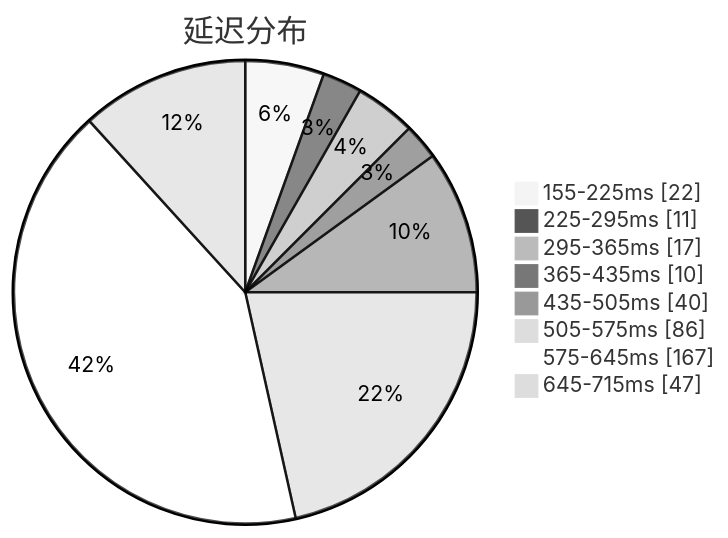
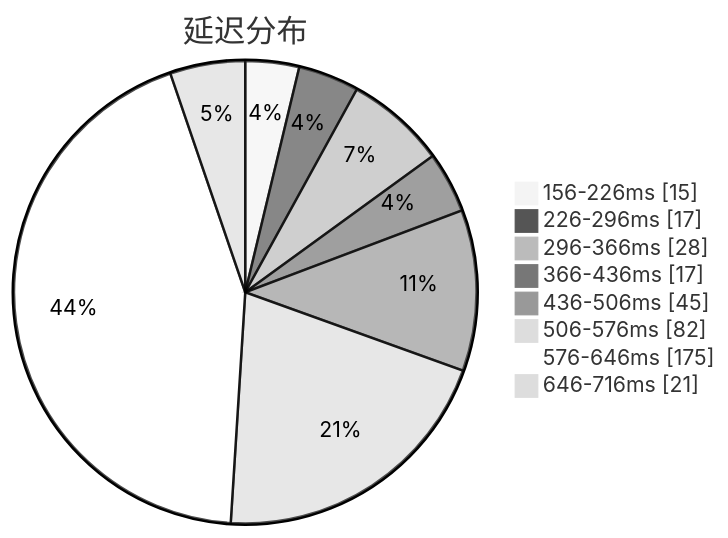
Before and after one commit to qjlxg/airport: the first of 3 diagrams in subs/statistics/tested_within.md, drawn with Mermaid (neutral theme). The commit also changed other lines of this file and 2 other files, not shown here.

Commit message:
Tested by metaST

````diff
--- a/subs/statistics/tested_within.md
+++ b/subs/statistics/tested_within.md
@@ -2,12 +2,12 @@
 ```mermaid
 pie showData
 title 延迟分布
-"155-225ms" : 22
-"225-295ms" : 11
-"295-365ms" : 17
-"365-435ms" : 10
-"435-505ms" : 40
-"505-575ms" : 86
-"575-645ms" : 167
-"645-715ms" : 47
+"156-226ms" : 15
+"226-296ms" : 17
+"296-366ms" : 28
+"366-436ms" : 17
+"436-506ms" : 45
+"506-576ms" : 82
+"576-646ms" : 175
+"646-716ms" : 21
 ```
````
